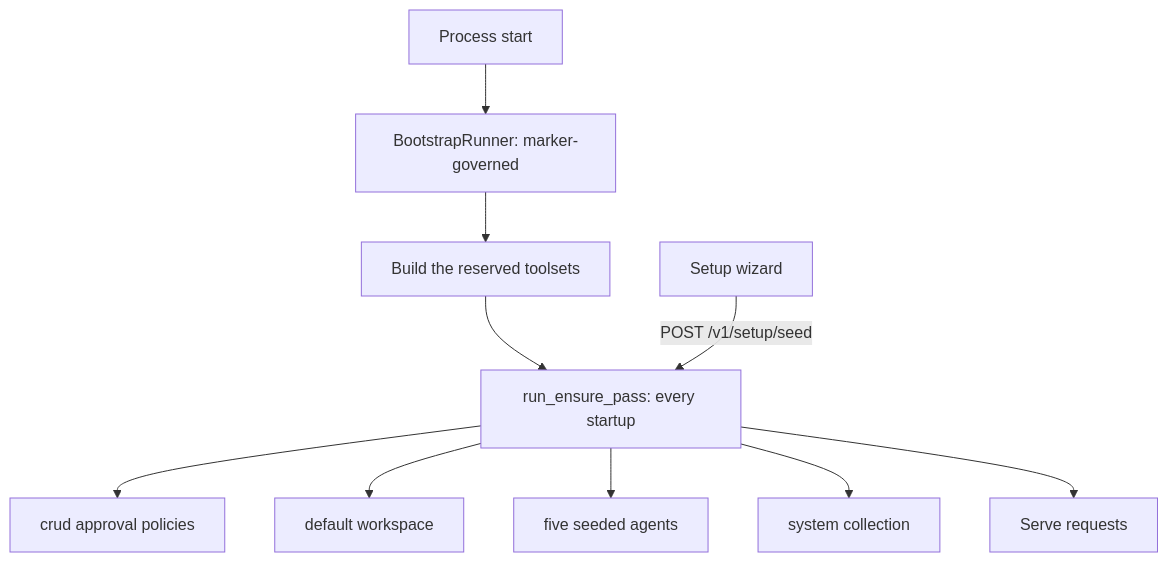
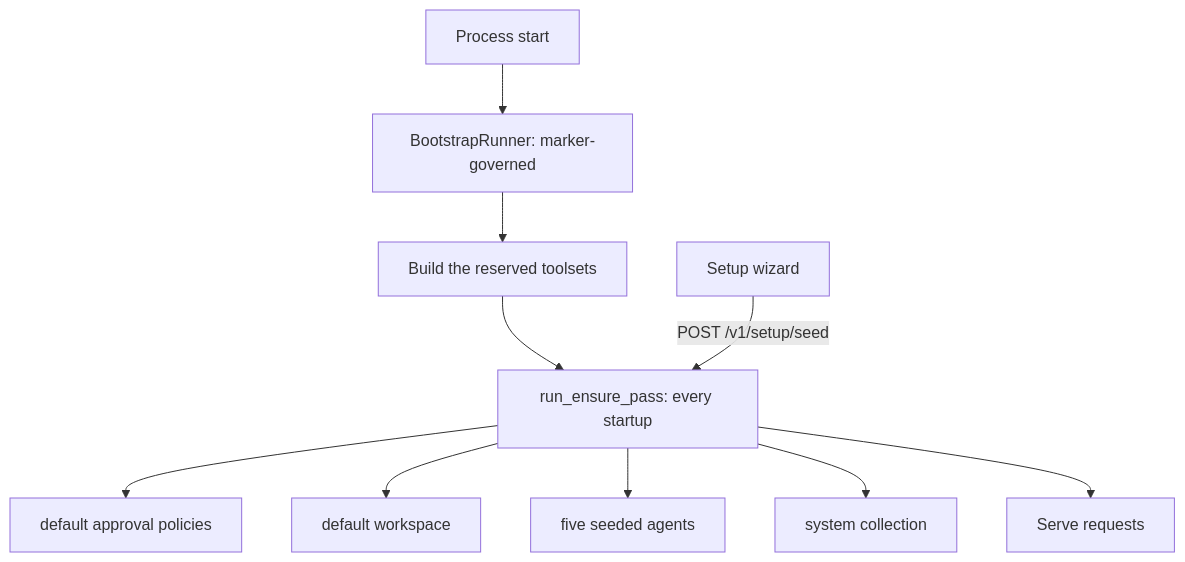
The diagram in docs/dev/subsystems/bootstrap-operator.md (primerhq/primer), drawn with Mermaid before and after one commit. The commit also changed other lines of this file and 20 other files, not shown here.

````diff
--- a/docs/dev/subsystems/bootstrap-operator.md
+++ b/docs/dev/subsystems/bootstrap-operator.md
@@ -29,12 +29,12 @@
 ```mermaid
 flowchart TD
     Boot[Process start] --> Runner[BootstrapRunner: marker-governed]
     Runner --> Toolsets[Build the reserved toolsets]
     Toolsets --> Ensure[run_ensure_pass: every startup]
-    Ensure --> Policies[crud approval policies]
+    Ensure --> Policies[default approval policies]
     Ensure --> Workspace[default workspace]
     Ensure --> Agents[five seeded agents]
     Ensure --> Collection[system collection]
     Ensure --> Serve[Serve requests]
     Wizard[Setup wizard] -->|POST /v1/setup/seed| Ensure
 ```
````
